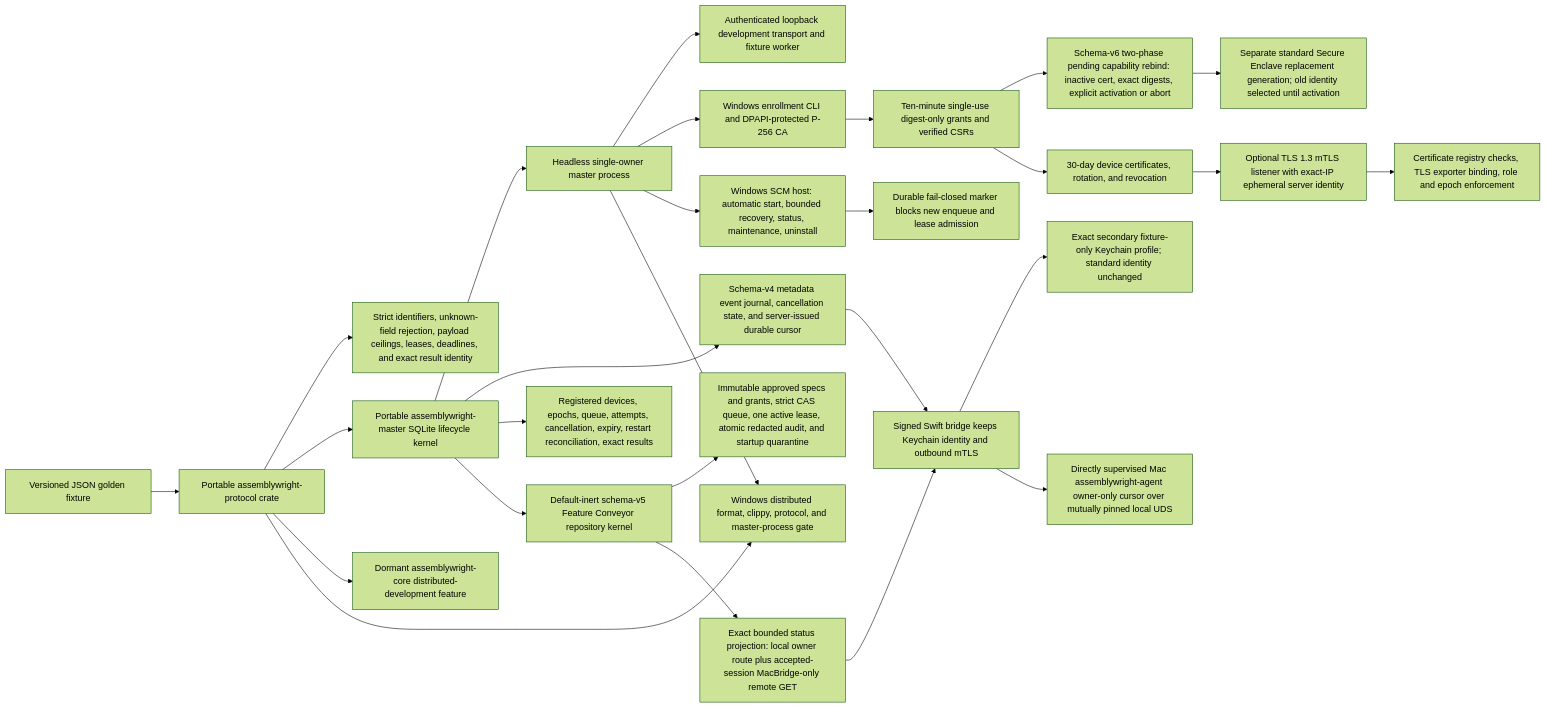
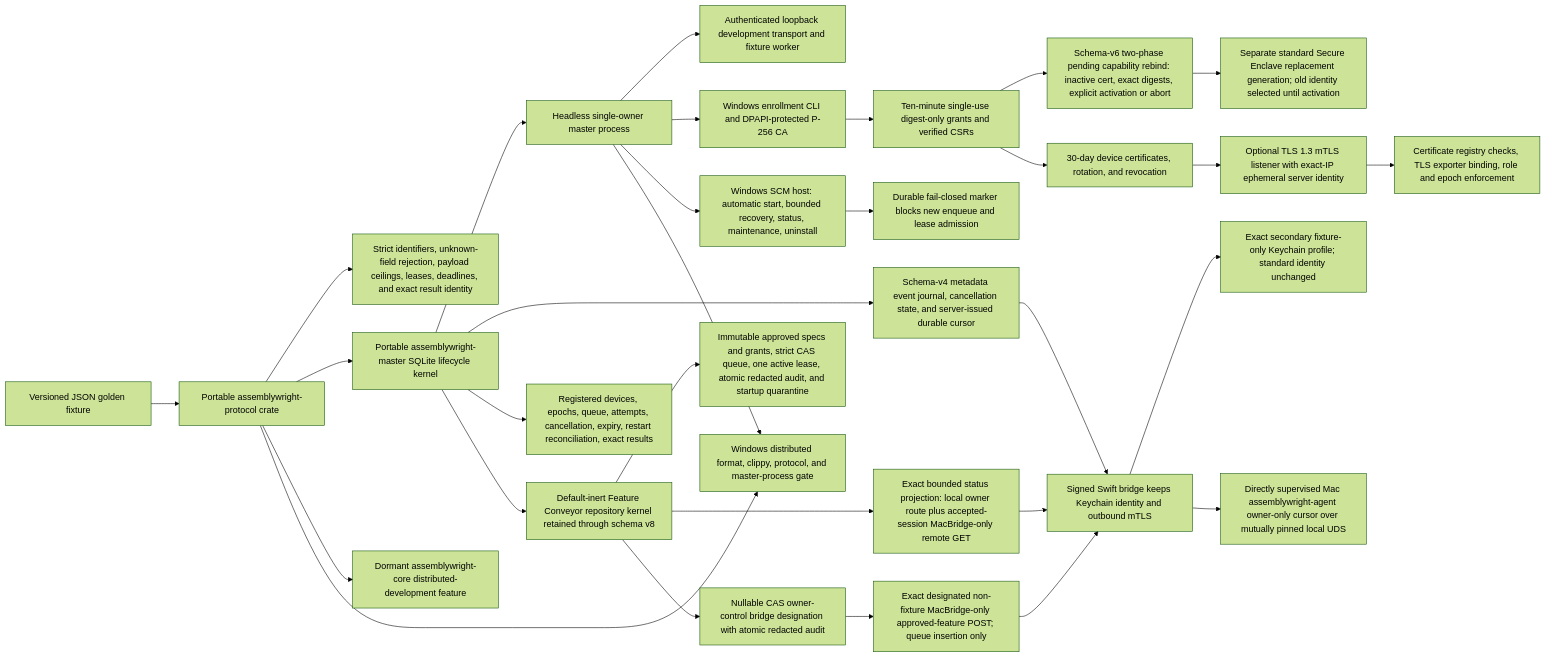
Before and after one commit to malak333/Assemblywright: the first of 2 diagrams in docs/architecture-map.md, drawn with Mermaid (forest theme). The commit also changed other lines of this file and 23 other files, not shown here.

Commit message:
Add bounded Feature Conveyor owner control

````diff
--- a/docs/architecture-map.md
+++ b/docs/architecture-map.md
@@ -7,29 +7,32 @@
 ```mermaid
 flowchart LR
   Fixture["Versioned JSON golden fixture"] --> Protocol["Portable assemblywright-protocol crate"]
   Protocol --> Bounds["Strict identifiers, unknown-field rejection, payload ceilings, leases, deadlines, and exact result identity"]
   Protocol --> Master["Portable assemblywright-master SQLite lifecycle kernel"]
   Master --> Process["Headless single-owner master process"]
   Process --> Local["Authenticated loopback development transport and fixture worker"]
   Process --> Identity["Windows enrollment CLI and DPAPI-protected P-256 CA"]
   Identity --> Grants["Ten-minute single-use digest-only grants and verified CSRs"]
   Grants --> Rebind["Schema-v6 two-phase pending capability rebind: inactive cert, exact digests, explicit activation or abort"]
   Rebind --> Replacement["Separate standard Secure Enclave replacement generation; old identity selected until activation"]
   Grants --> Certificates["30-day device certificates, rotation, and revocation"]
   Certificates --> Remote["Optional TLS 1.3 mTLS listener with exact-IP ephemeral server identity"]
   Remote --> Binding["Certificate registry checks, TLS exporter binding, role and epoch enforcement"]
   Master --> Events["Schema-v4 metadata event journal, cancellation state, and server-issued durable cursor"]
   Events --> Helper["Signed Swift bridge keeps Keychain identity and outbound mTLS"]
   Helper --> FixtureIdentity["Exact secondary fixture-only Keychain profile; standard identity unchanged"]
   Helper --> Agent["Directly supervised Mac assemblywright-agent owner-only cursor over mutually pinned local UDS"]
   Process --> Service["Windows SCM host: automatic start, bounded recovery, status, maintenance, uninstall"]
   Service --> Maintenance["Durable fail-closed marker blocks new enqueue and lease admission"]
   Master --> Durable["Registered devices, epochs, queue, attempts, cancellation, expiry, restart reconciliation, exact results"]
-  Master --> Conveyor["Default-inert schema-v5 Feature Conveyor repository kernel"]
+  Master --> Conveyor["Default-inert Feature Conveyor repository kernel retained through schema v8"]
   Conveyor --> ConveyorSafety["Immutable approved specs and grants, strict CAS queue, one active lease, atomic redacted audit, and startup quarantine"]
   Conveyor --> Observer["Exact bounded status projection: local owner route plus accepted-session MacBridge-only remote GET"]
   Observer --> Helper
+  Conveyor --> OwnerDesignation["Nullable CAS owner-control bridge designation with atomic redacted audit"]
+  OwnerDesignation --> OwnerAction["Exact designated non-fixture MacBridge-only approved-feature POST; queue insertion only"]
+  OwnerAction --> Helper
   Protocol --> Feature["Dormant assemblywright-core distributed-development feature"]
   Protocol --> Windows["Windows distributed format, clippy, protocol, and master-process gate"]
   Process --> Windows
 ```
````
